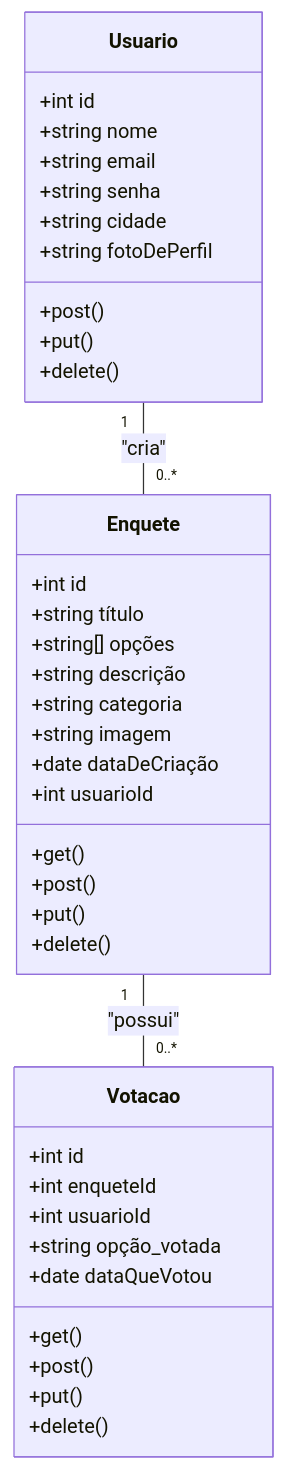
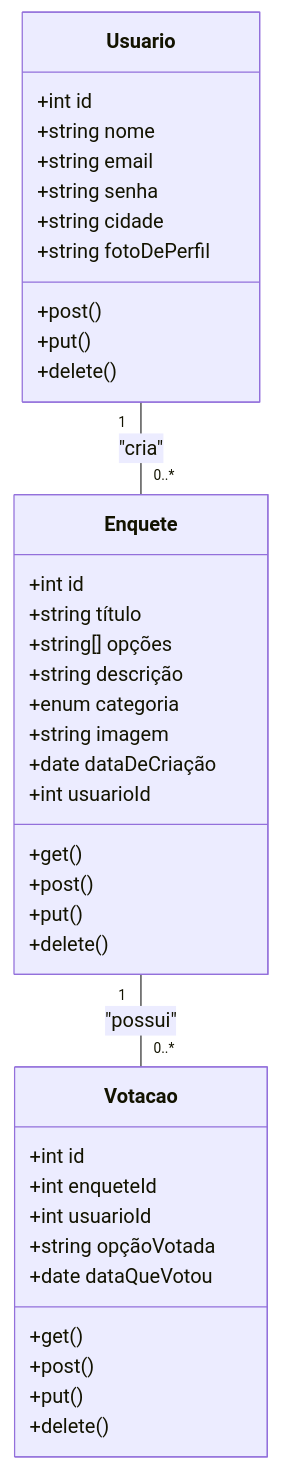
Before and after one commit to epicestudar/Votefy: the second of 4 diagrams in README.md, drawn with Mermaid.

````diff
--- a/README.md
+++ b/README.md
@@ -119,45 +119,45 @@
 ```mermaid
 classDiagram
     class Usuario {
         +int id
         +string nome
         +string email
         +string senha
         +string cidade
         +string fotoDePerfil
         +post()
         +put()
         +delete()
     }
 
     class Enquete {
         +int id
         +string título
         +string[] opções
         +string descrição
-        +string categoria
+        +enum categoria
         +string imagem
         +date dataDeCriação
         +int usuarioId
         +get()
         +post()
         +put()
         +delete()
     }
 
     class Votacao {
         +int id
         +int enqueteId
         +int usuarioId
-        +string opção_votada
+        +string opçãoVotada
         +date dataQueVotou
         +get()
         +post()
         +put()
         +delete()
     }
 
     Usuario "1" -- "0..*" Enquete : "cria"
     Enquete "1" -- "0..*" Votacao : "possui"
 
 ```
````
